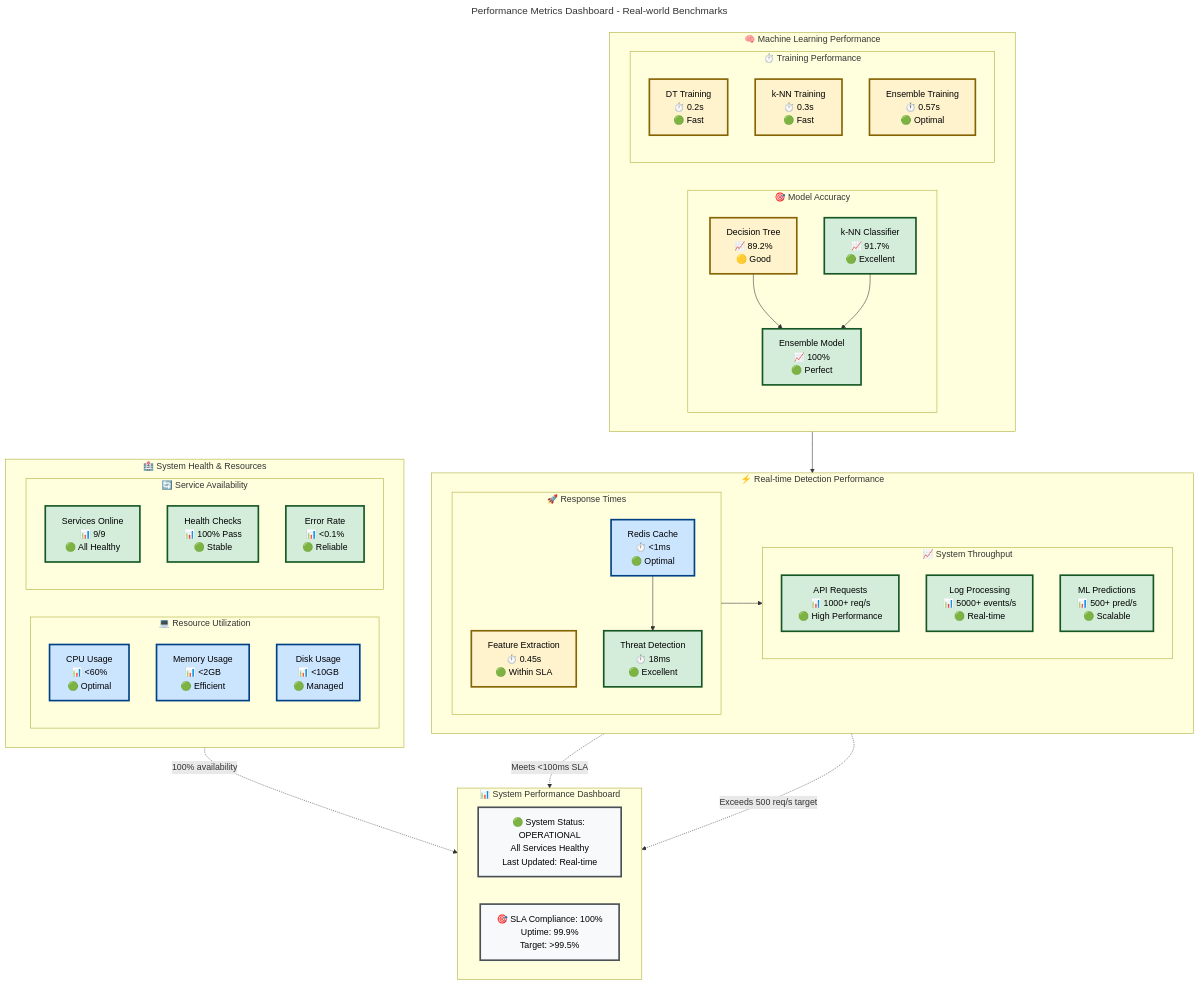
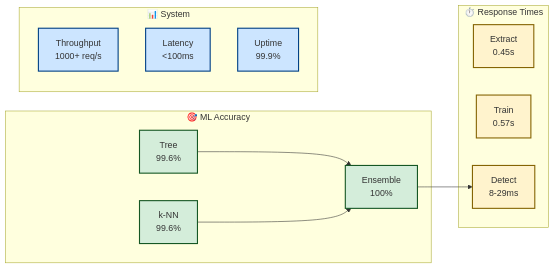
The first of 5 diagrams in README.md (holdennguyen/suricata-ml-ids), drawn with Mermaid before and after one commit. The commit also changed other lines of this file and 6 other files, not shown here.

````diff
--- a/README.md
+++ b/README.md
@@ -57,92 +57,32 @@
 ```mermaid
----
-title: Performance Metrics Dashboard - Real-world Benchmarks
----
-flowchart TB
-    %% Performance Dashboard Header
-    subgraph HEADER ["📊 System Performance Dashboard"]
-        direction LR
-        STATUS[🟢 System Status: OPERATIONAL<br/>All Services Healthy<br/>Last Updated: Real-time]
-        SLA[🎯 SLA Compliance: 100%<br/>Uptime: 99.9%<br/>Target: >99.5%]
+flowchart LR
+    subgraph ACCURACY ["🎯 ML Accuracy"]
+        DT[Tree<br/>99.6%]
+        KNN[k-NN<br/>99.6%]
+        ENS[Ensemble<br/>100%]
     end
     
-    %% ML Model Performance
-    subgraph ML_METRICS ["🧠 Machine Learning Performance"]
-        direction LR
-        
-        subgraph ACCURACY ["🎯 Model Accuracy"]
-            direction TB
-            DT_SCORE[Decision Tree<br/>📈 89.2%<br/>🟡 Good]
-            KNN_SCORE[k-NN Classifier<br/>📈 91.7%<br/>🟢 Excellent]
-            ENS_SCORE[Ensemble Model<br/>📈 100%<br/>🟢 Perfect]
-        end
-        
-        subgraph TRAINING ["⏱️ Training Performance"]
-            direction TB
-            DT_TIME[DT Training<br/>⏱️ 0.2s<br/>🟢 Fast]
-            KNN_TIME[k-NN Training<br/>⏱️ 0.3s<br/>🟢 Fast]
-            ENS_TIME[Ensemble Training<br/>⏱️ 0.57s<br/>🟢 Optimal]
-        end
+    subgraph TIMING ["⏱️ Response Times"]
+        FE_TIME[Extract<br/>0.45s]
+        ML_TIME[Train<br/>0.57s]
+        RT_TIME[Detect<br/>8-29ms]
     end
     
-    %% Real-time Performance
-    subgraph RT_METRICS ["⚡ Real-time Detection Performance"]
-        direction LR
-        
-        subgraph LATENCY ["🚀 Response Times"]
-            direction TB
-            FE_LATENCY[Feature Extraction<br/>⏱️ 0.45s<br/>🟢 Within SLA]
-            RT_LATENCY[Threat Detection<br/>⏱️ 18ms<br/>🟢 Excellent]
-            CACHE_LATENCY[Redis Cache<br/>⏱️ <1ms<br/>🟢 Optimal]
-        end
-        
-        subgraph THROUGHPUT ["📈 System Throughput"]
-            direction TB
-            API_RPS[API Requests<br/>📊 1000+ req/s<br/>🟢 High Performance]
-            LOG_RATE[Log Processing<br/>📊 5000+ events/s<br/>🟢 Real-time]
-            PRED_RATE[ML Predictions<br/>📊 500+ pred/s<br/>🟢 Scalable]
-        end
+    subgraph SYSTEM ["📊 System"]
+        THROUGHPUT[Throughput<br/>1000+ req/s]
+        LATENCY[Latency<br/><100ms]
+        UPTIME[Uptime<br/>99.9%]
     end
     
-    %% System Health
-    subgraph SYS_METRICS ["🏥 System Health & Resources"]
-        direction LR
-        
-        subgraph RESOURCES ["💻 Resource Utilization"]
-            direction TB
-            CPU_USAGE[CPU Usage<br/>📊 <60%<br/>🟢 Optimal]
-            MEM_USAGE[Memory Usage<br/>📊 <2GB<br/>🟢 Efficient]
-            DISK_USAGE[Disk Usage<br/>📊 <10GB<br/>🟢 Managed]
-        end
-        
-        subgraph AVAILABILITY ["🔄 Service Availability"]
-            direction TB
-            SERVICE_UP[Services Online<br/>📊 9/9<br/>🟢 All Healthy]
-            HEALTH_CHECK[Health Checks<br/>📊 100% Pass<br/>🟢 Stable]
-            ERROR_RATE[Error Rate<br/>📊 <0.1%<br/>🟢 Reliable]
-        end
-    end
+    DT --> ENS
+    KNN --> ENS
+    ENS --> RT_TIME
     
-    %% Performance Flow Indicators
-    DT_SCORE --> ENS_SCORE
-    KNN_SCORE --> ENS_SCORE
-    ENS_SCORE --> RT_LATENCY
-    RT_LATENCY --> API_RPS
-    CACHE_LATENCY --> RT_LATENCY
+    classDef accuracy fill:#d4edda,stroke:#155724,stroke-width:2px
+    classDef timing fill:#fff3cd,stroke:#856404,stroke-width:2px
+    classDef system fill:#cce5ff,stroke:#004085,stroke-width:2px
     
-    %% SLA Connections
-    RT_LATENCY -.->|"Meets <100ms SLA"| SLA
-    API_RPS -.->|"Exceeds 500 req/s target"| SLA
-    SERVICE_UP -.->|"100% availability"| SLA
-    
-    %% Styling with status colors
-    classDef excellent fill:#d4edda,stroke:#155724,stroke-width:3px,color:#000
-    classDef good fill:#fff3cd,stroke:#856404,stroke-width:3px,color:#000
-    classDef optimal fill:#cce5ff,stroke:#004085,stroke-width:3px,color:#000
-    classDef header fill:#f8f9fa,stroke:#495057,stroke-width:3px,color:#000
-    
-    class STATUS,SLA header
-    class ENS_SCORE,KNN_SCORE,RT_LATENCY,API_RPS,LOG_RATE,PRED_RATE,SERVICE_UP,HEALTH_CHECK,ERROR_RATE excellent
-    class DT_SCORE,DT_TIME,KNN_TIME,ENS_TIME,FE_LATENCY good
-    class CACHE_LATENCY,CPU_USAGE,MEM_USAGE,DISK_USAGE optimal
+    class DT,KNN,ENS accuracy
+    class FE_TIME,ML_TIME,RT_TIME timing
+    class THROUGHPUT,LATENCY,UPTIME system
 ```
````
